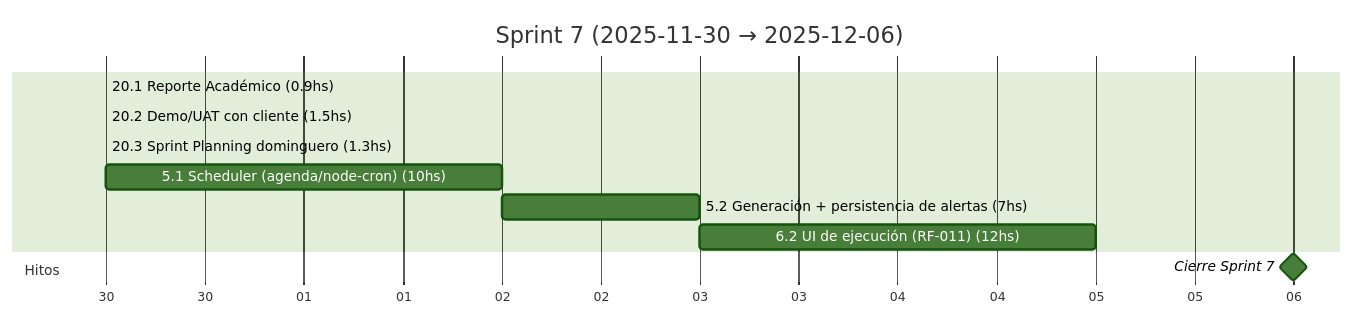
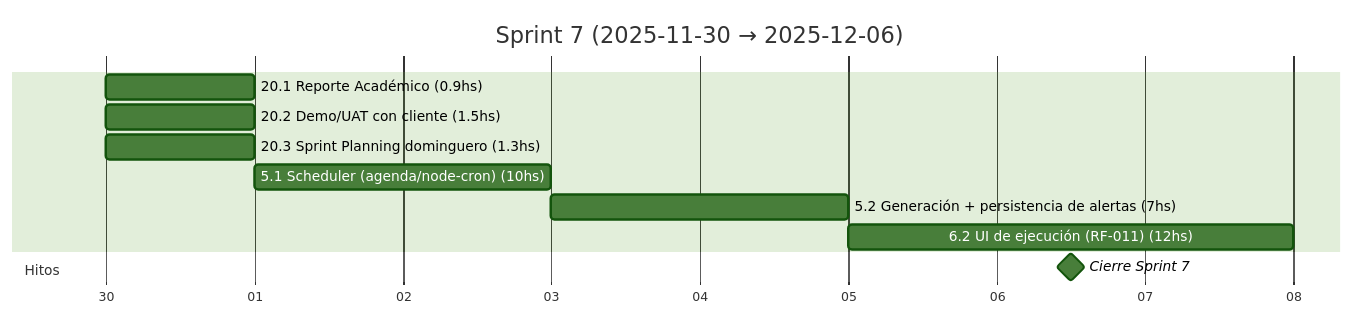
Before and after one commit to MarkMed/FleetMan: the eighth of 18 diagrams in docs/SprintsGantts.md, drawn with Mermaid (forest theme). The commit also changed other lines of this file, not shown here.

````diff
--- a/docs/SprintsGantts.md
+++ b/docs/SprintsGantts.md
@@ -197,18 +197,18 @@
 ```mermaid
 gantt
   title Sprint 7 (2025-11-30 → 2025-12-06)
   dateFormat  YYYY-MM-DD
   axisFormat  %d
 
   %% Asumimos 5 h/día. Horas estimadas incluidas en el nombre.
 
-  20.1 Reporte Académico (0.9hs)               :t201, 2025-11-30, 0.2d
-  20.2 Demo/UAT con cliente (1.5hs)            :t202, after t201, 0.3d
-  20.3 Sprint Planning dominguero (1.3hs)      :t203, after t202, 0.3d
+  20.1 Reporte Académico (0.9hs)               :t201, 2025-11-30, 1d
+  20.2 Demo/UAT con cliente (1.5hs)            :t202, 2025-11-30, 1d
+  20.3 Sprint Planning dominguero (1.3hs)      :t203, 2025-11-30, 1d
   5.1 Scheduler (agenda/node-cron) (10hs)      :t51, after t203, 2d
-  5.2 Generación + persistencia de alertas (7hs) :t52, after t51, 1.4d
-  6.2 UI de ejecución (RF-011) (12hs)          :t62, after t52, 2.4d
+  5.2 Generación + persistencia de alertas (7hs) :t52, after t51, 2d
+  6.2 UI de ejecución (RF-011) (12hs)          :t62, after t52, 3d
 
   section Hitos
-  Cierre Sprint 7                              :milestone, s7, 2025-12-06, 0d
+  Cierre Sprint 7                              :milestone, s7, 2025-12-06, 1d
 ```
````
